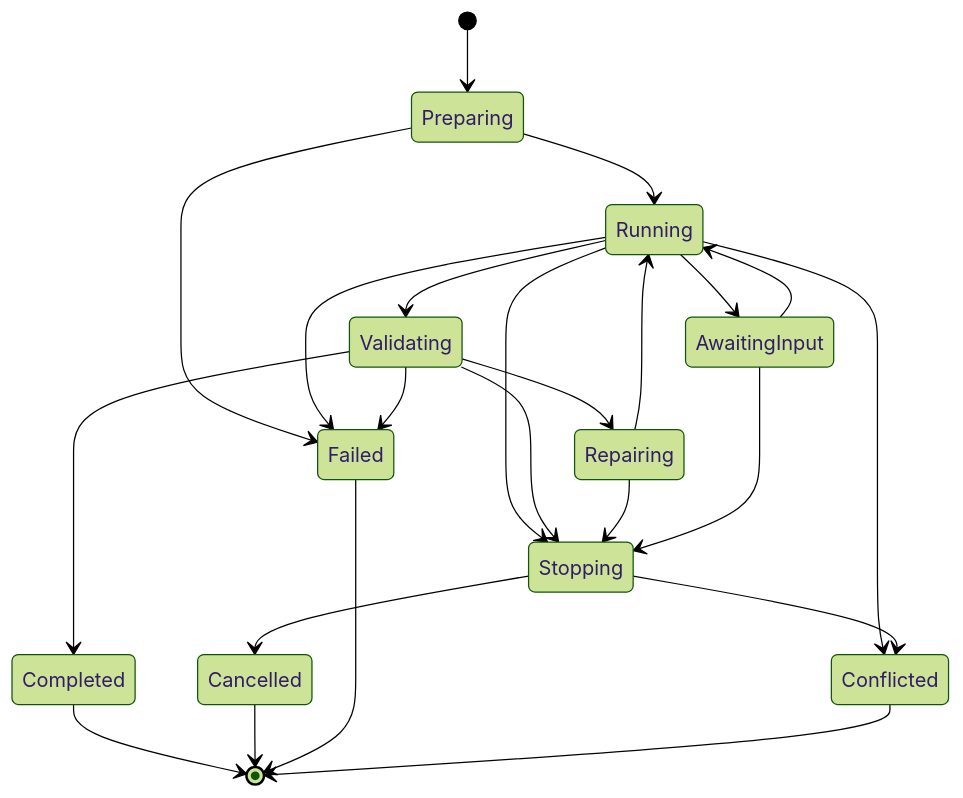
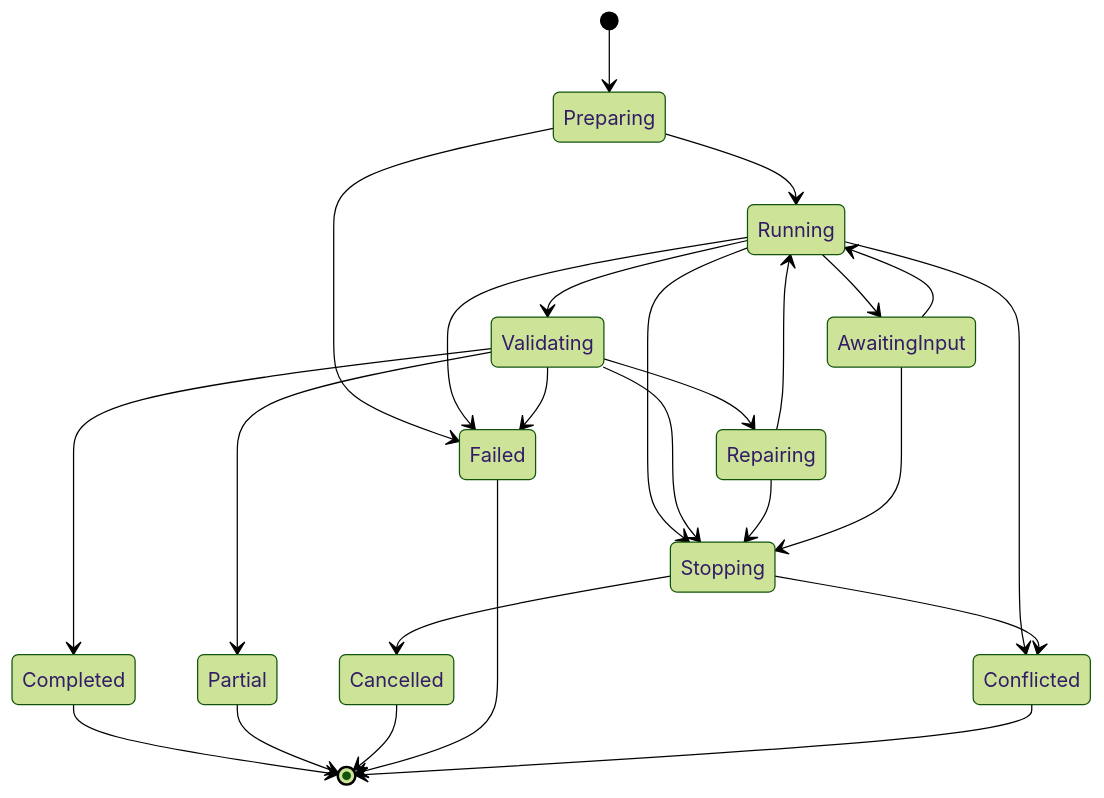
Before and after one commit to siteorigin/builder: the first of 2 diagrams in docs/specification-v0.1.md, drawn with Mermaid (forest theme). The commit also changed other lines of this file and 18 other files, not shown here.

````diff
--- a/docs/specification-v0.1.md
+++ b/docs/specification-v0.1.md
@@ -600,25 +603,27 @@
 ```mermaid
 stateDiagram-v2
     [*] --> Preparing
     Preparing --> Running
     Running --> AwaitingInput
     AwaitingInput --> Running
     Running --> Validating
     Validating --> Repairing
     Repairing --> Running
     Validating --> Completed
+    Validating --> Partial
     Running --> Stopping
     Validating --> Stopping
     Repairing --> Stopping
     AwaitingInput --> Stopping
     Stopping --> Cancelled
     Preparing --> Failed
     Running --> Failed
     Validating --> Failed
     Running --> Conflicted
     Stopping --> Conflicted
     Completed --> [*]
+    Partial --> [*]
     Cancelled --> [*]
     Failed --> [*]
     Conflicted --> [*]
 ```
````
